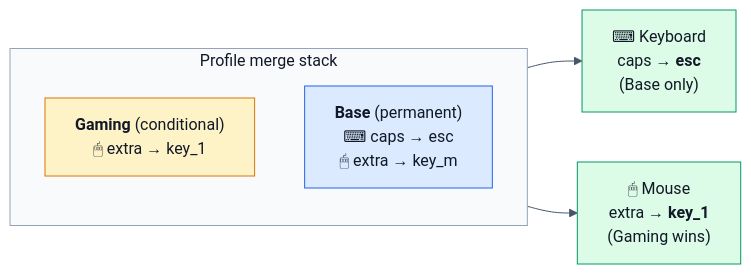
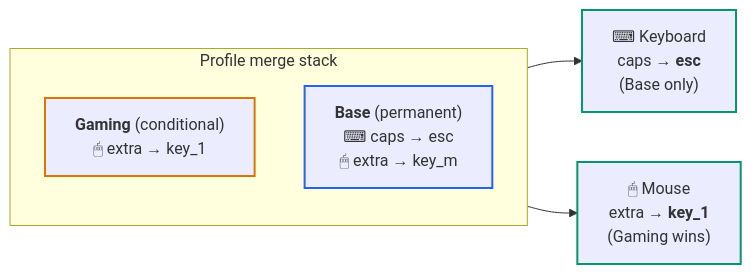
The diagram in docs/PROFILES.md (nyrda/keymasq), drawn with Mermaid before and after one commit. The commit also changed other lines of this file and 12 other files, not shown here.

````diff
--- a/docs/PROFILES.md
+++ b/docs/PROFILES.md
@@ -18,18 +21,19 @@
 ```mermaid
-%%{init: {"theme": "base", "themeVariables": {"fontFamily": "Inter, sans-serif", "textColor": "#111827", "nodeTextColor": "#111827", "primaryTextColor": "#111827", "secondaryTextColor": "#111827", "tertiaryTextColor": "#111827", "titleColor": "#111827", "lineColor": "#475569", "clusterBkg": "#f8fafc", "clusterBorder": "#94a3b8", "edgeLabelBackground": "#f8fafc"}}}%%
 flowchart LR
     subgraph stack["Profile merge stack"]
         direction TB
         B["<b>Gaming</b> (conditional)<br/>🖱 extra → key_1"]
         A["<b>Base</b> (permanent)<br/>⌨ caps → esc<br/>🖱 extra → key_m"]
     end
 
     stack --> keyboard["⌨ Keyboard<br/>caps → <b>esc</b><br/>(Base only)"]
     stack --> mouse["🖱 Mouse<br/>extra → <b>key_1</b><br/>(Gaming wins)"]
 
-    style stack fill:#f8fafc,stroke:#94a3b8,color:#111827
-    style A fill:#dbeafe,stroke:#2563eb,color:#111827
-    style B fill:#fef3c7,stroke:#d97706,color:#111827
-    style keyboard fill:#dcfce7,stroke:#059669,color:#111827
-    style mouse fill:#dcfce7,stroke:#059669,color:#111827
+    classDef permanent stroke:#2563eb,stroke-width:2px
+    classDef conditional stroke:#d97706,stroke-width:2px
+    classDef result stroke:#059669,stroke-width:2px
+
+    class A permanent
+    class B conditional
+    class keyboard,mouse result
 ```
````
